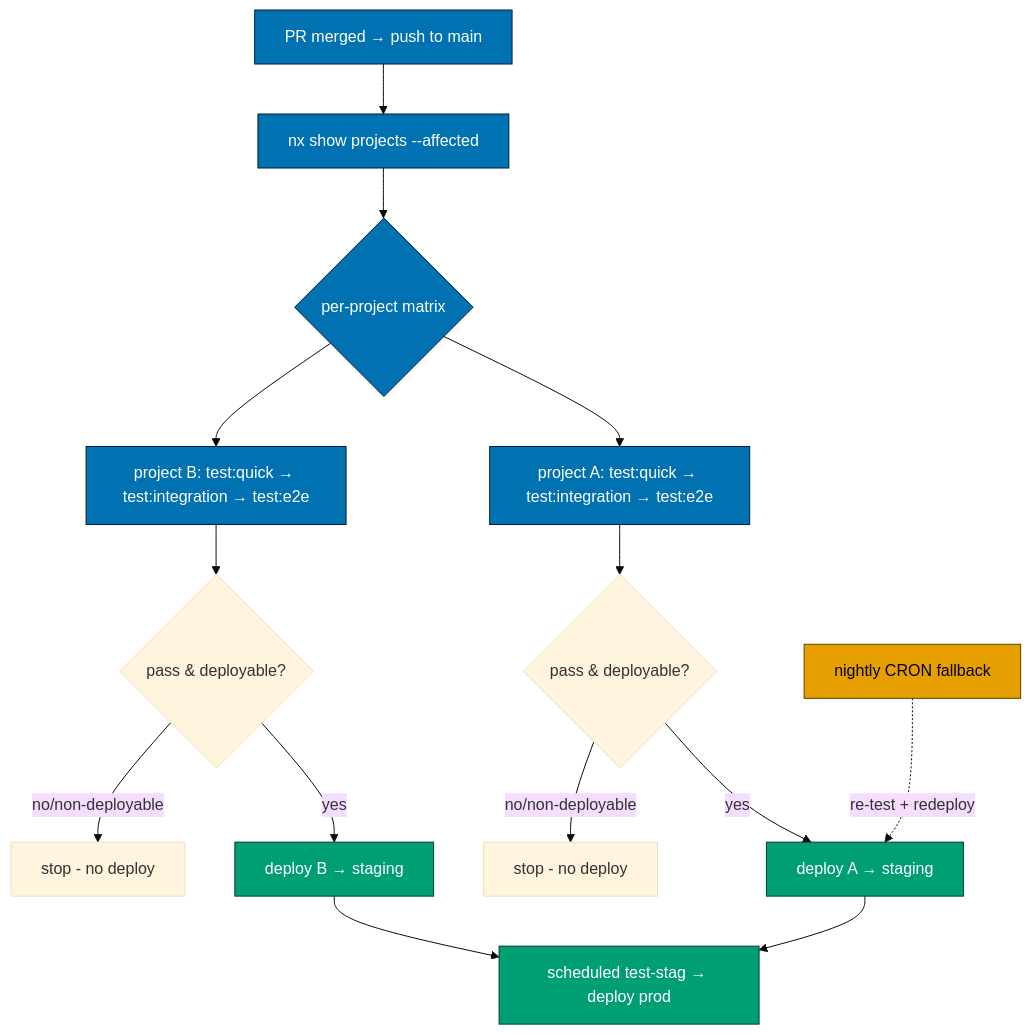
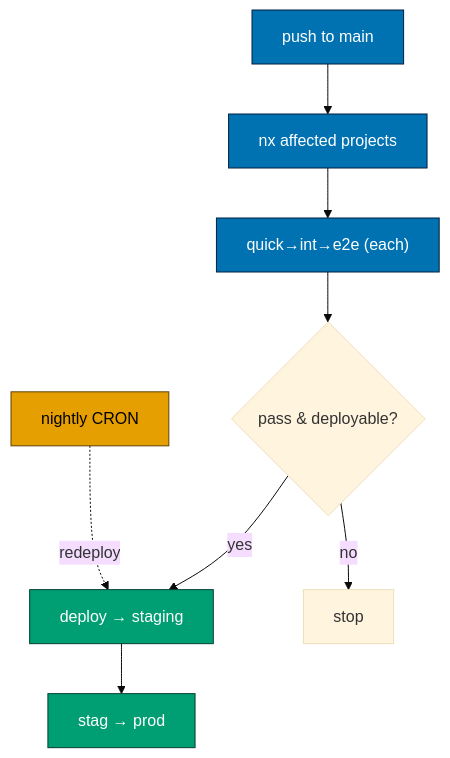
Before and after one commit to wahidyankf/baseerah: the second of 6 diagrams in plans/in-progress/standardize-rhino-cli-sdlc-parity/tech-docs.md, drawn with Mermaid (base theme). The commit also changed other lines of this file and 1 other file, not shown here.

````diff
--- a/plans/in-progress/standardize-rhino-cli-sdlc-parity/tech-docs.md
+++ b/plans/in-progress/standardize-rhino-cli-sdlc-parity/tech-docs.md
@@ -292,23 +292,17 @@
 ```mermaid
 flowchart TD
-    M[PR merged → push to main] --> AF["nx show projects --affected"]
-    AF --> MX{per-project matrix}
-    MX --> J1["project A: test:quick → test:integration → test:e2e"]
-    MX --> J2["project B: test:quick → test:integration → test:e2e"]
-    J1 --> D1{pass & deployable?}
-    J2 --> D2{pass & deployable?}
-    D1 -- yes --> S1[deploy A → staging]
-    D1 -- no/non-deployable --> X1[stop - no deploy]
-    D2 -- yes --> S2[deploy B → staging]
-    D2 -- no/non-deployable --> X2[stop - no deploy]
-    CR[nightly CRON fallback] -.re-test + redeploy.-> S1
-    S1 --> PR2["scheduled test-stag → deploy prod"]
-    S2 --> PR2
+    M[push to main] --> AF[nx affected projects]
+    AF --> J["quick→int→e2e (each)"]
+    J --> D{pass & deployable?}
+    D -- yes --> S[deploy → staging]
+    D -- no --> X[stop]
+    CR[nightly CRON] -.redeploy.-> S
+    S --> PR2[stag → prod]
 
     classDef merge fill:#0072B2,color:#ffffff,stroke:#001f3f
     classDef deploy fill:#009E73,color:#ffffff,stroke:#003f2f
     classDef cron fill:#E69F00,color:#000000,stroke:#5f4200
-    class M,AF,MX,J1,J2 merge
-    class S1,S2,PR2 deploy
+    class M,AF,J merge
+    class S,PR2 deploy
     class CR cron
 ```
````
